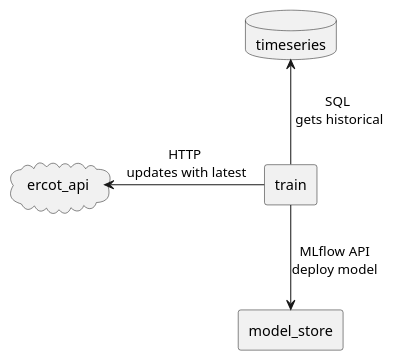
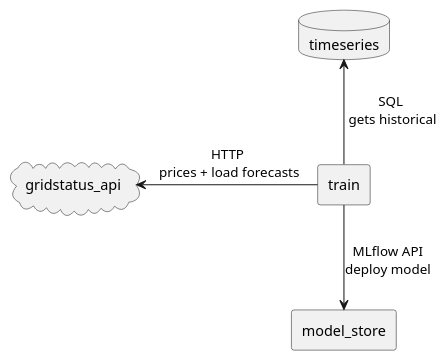
One commit to arcnode-io/ems-analyst-model changed the second of 3 diagrams in readme.md. Above: the diagram before and after it, drawn with PlantUML. The commit also changed other lines of this file, not shown here.

````diff
--- a/readme.md
+++ b/readme.md
@@ -43,9 +35,9 @@
 ```plantuml
-cloud ercot_api
+cloud gridstatus_api
 rectangle train
 database timeseries
 rectangle model_store
-train -l-> ercot_api: HTTP\n updates with latest
+train -l-> gridstatus_api: HTTP\n prices + load forecasts
 train -u-> timeseries: SQL\n gets historical
 train -d-> model_store: MLflow API\ndeploy model
 ```
````
